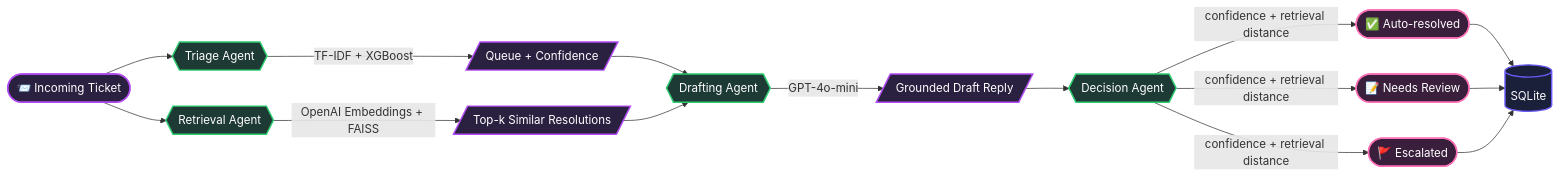
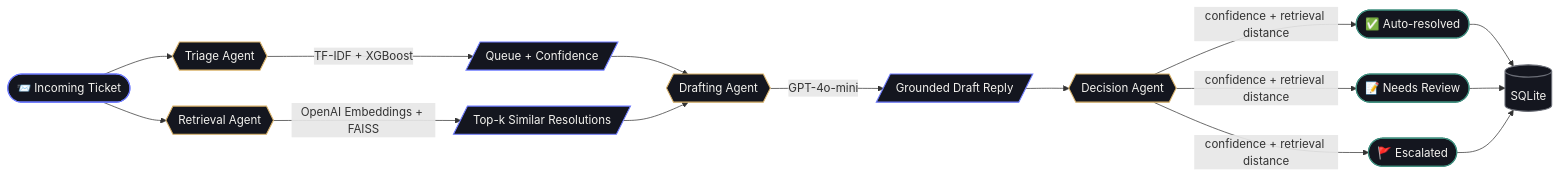
The diagram in README.md (Jenil05-web/AI-Ops), drawn with Mermaid before and after one commit. The commit also changed other lines of this file and 2 other files, not shown here.

````diff
--- a/README.md
+++ b/README.md
@@ -70,26 +56,26 @@
 ```mermaid
 flowchart LR
     T([📨 Incoming Ticket]) --> TR{{Triage Agent}}
     TR -->|TF-IDF + XGBoost| Q[/Queue + Confidence/]
     T --> RT{{Retrieval Agent}}
     RT -->|OpenAI Embeddings + FAISS| CTX[/Top-k Similar Resolutions/]
     Q --> DR{{Drafting Agent}}
     CTX --> DR
     DR -->|GPT-4o-mini| RESP[/Grounded Draft Reply/]
     RESP --> DEC{{Decision Agent}}
     DEC -->|confidence + retrieval distance| OUT1([✅ Auto-resolved])
     DEC -->|confidence + retrieval distance| OUT2([📝 Needs Review])
     DEC -->|confidence + retrieval distance| OUT3([🚩 Escalated])
     OUT1 --> DB[(SQLite)]
     OUT2 --> DB
     OUT3 --> DB
 
-    classDef ticket fill:#2A2140,stroke:#B24BF3,color:#fff,stroke-width:2px
-    classDef agent fill:#1E3A34,stroke:#2ECC71,color:#fff,stroke-width:2px
-    classDef out fill:#3A1F3D,stroke:#FF6FB5,color:#fff,stroke-width:2px
-    classDef store fill:#1A1F3A,stroke:#6A5AF9,color:#fff,stroke-width:2px
+    classDef ticket fill:#14161F,stroke:#6E7BFF,color:#F4F3EF,stroke-width:1.5px
+    classDef agent fill:#14161F,stroke:#D9B26A,color:#F4F3EF,stroke-width:1.5px
+    classDef out fill:#14161F,stroke:#3E8E7E,color:#F4F3EF,stroke-width:1.5px
+    classDef store fill:#14161F,stroke:#6A6D76,color:#F4F3EF,stroke-width:1.5px
     class T,Q,CTX,RESP ticket
     class TR,RT,DR,DEC agent
     class OUT1,OUT2,OUT3 out
     class DB store
 ```
````
